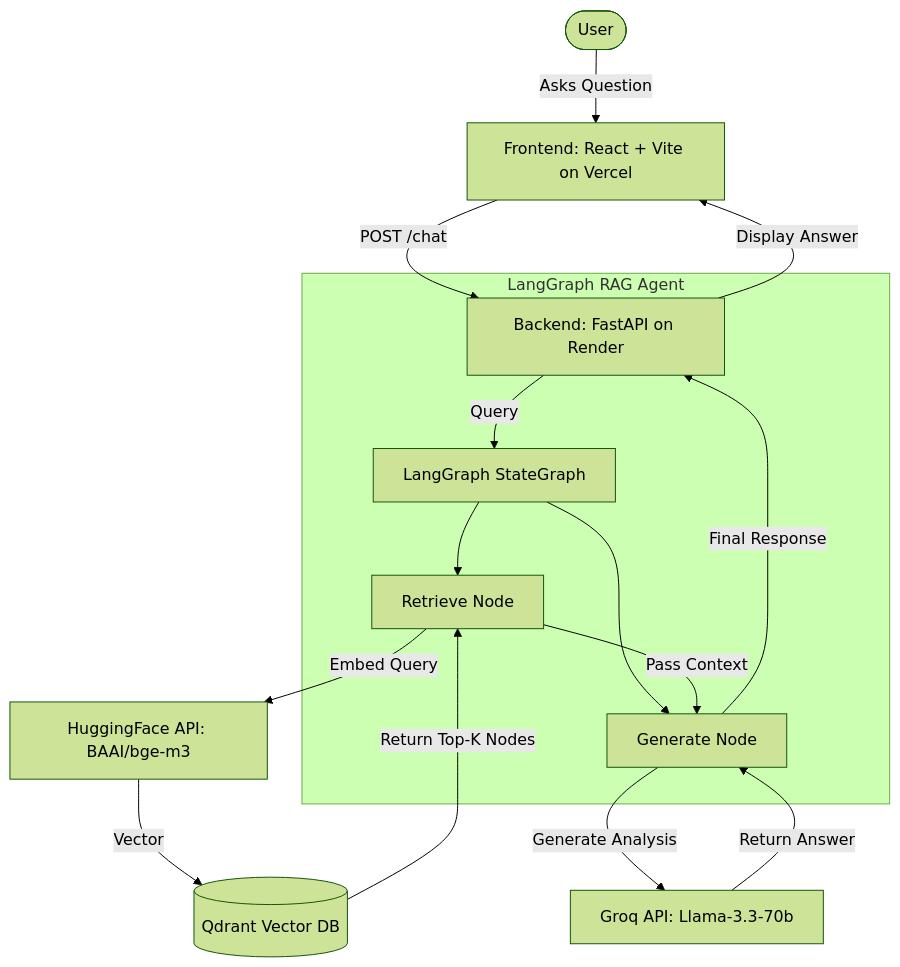
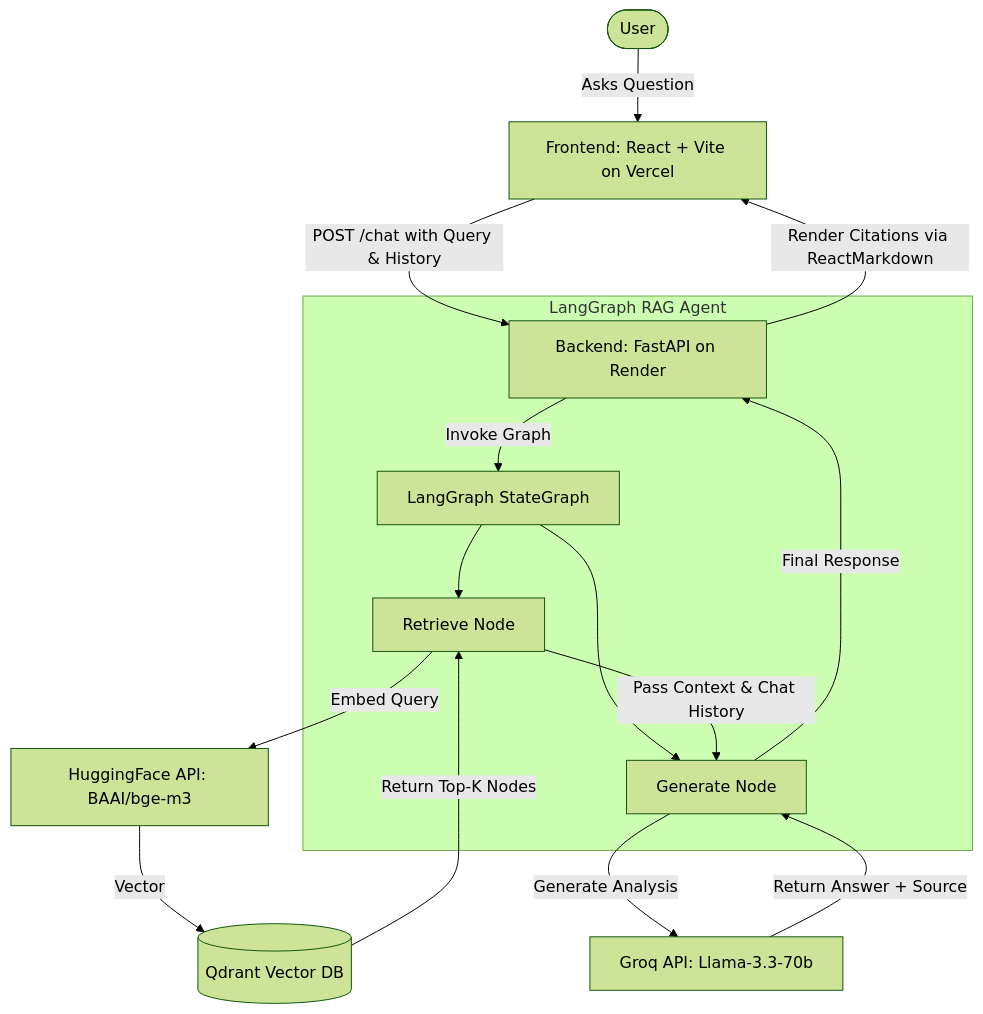
One commit to dovh11/finrag-project changed the diagram in README.md. Above: the diagram before and after it, drawn with Mermaid (forest theme). The commit also changed other lines of this file, not shown here.

Commit message:
Update README with memory, citation badges, and ChatGPT-style UI features

````diff
--- a/README.md
+++ b/README.md
@@ -48,22 +50,22 @@
 ```mermaid
 graph TD
     User([User]) -->|Asks Question| UI[Frontend: React + Vite on Vercel]
-    UI -->|POST /chat| API[Backend: FastAPI on Render]
+    UI -->|POST /chat with Query & History| API[Backend: FastAPI on Render]
     
     subgraph LangGraph RAG Agent
-        API -->|Query| Agent[LangGraph StateGraph]
+        API -->|Invoke Graph| Agent[LangGraph StateGraph]
         Agent --> Retriever[Retrieve Node]
         Agent --> Generator[Generate Node]
     end
 
     Retriever -->|Embed Query| HF[HuggingFace API: BAAI/bge-m3]
     HF -->|Vector| Qdrant[(Qdrant Vector DB)]
     Qdrant -->|Return Top-K Nodes| Retriever
     
-    Retriever -->|Pass Context| Generator
+    Retriever -->|Pass Context & Chat History| Generator
     Generator -->|Generate Analysis| Groq[Groq API: Llama-3.3-70b]
-    Groq -->|Return Answer| Generator
+    Groq -->|Return Answer + Source| Generator
     
     Generator -->|Final Response| API
-    API -->|Display Answer| UI
+    API -->|Render Citations via ReactMarkdown| UI
 ```
````
